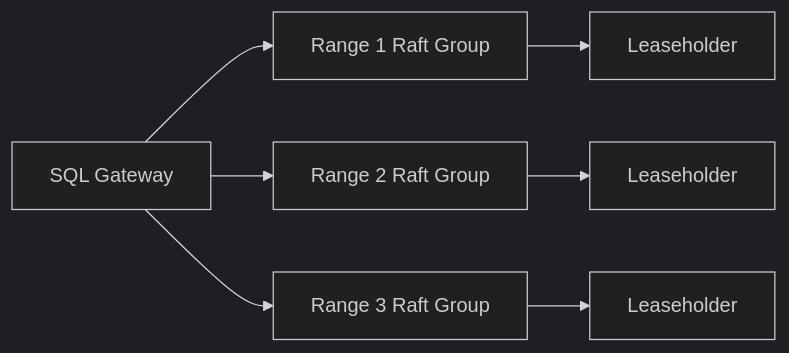
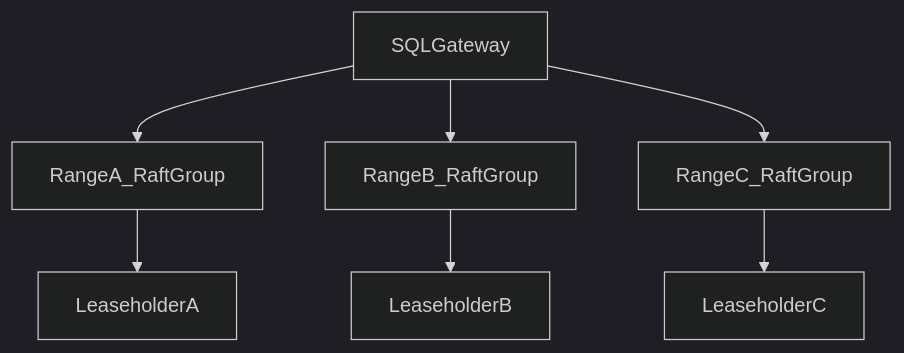
Before and after one commit to GabrielAlmeidaFlores/Senior-Software-Architect: the second of 2 diagrams in database/database-masterclass/03-nosql-paradigms/06-cassandra-cockroachdb-redis-and-pacelc-mapping.md, drawn with Mermaid (dark theme). The commit also changed other lines of this file and 19 other files, not shown here.

````diff
--- a/database/database-masterclass/03-nosql-paradigms/06-cassandra-cockroachdb-redis-and-pacelc-mapping.md
+++ b/database/database-masterclass/03-nosql-paradigms/06-cassandra-cockroachdb-redis-and-pacelc-mapping.md
@@ -92,9 +72,9 @@
 ```mermaid
-flowchart LR
-    SQL[SQL Gateway] --> R1[Range 1 Raft Group]
-    SQL --> R2[Range 2 Raft Group]
-    SQL --> R3[Range 3 Raft Group]
-    R1 --> L1[Leaseholder]
-    R2 --> L2[Leaseholder]
-    R3 --> L3[Leaseholder]
+flowchart TD
+    sqlGateway[SQLGateway] --> rangeA[RangeA_RaftGroup]
+    sqlGateway --> rangeB[RangeB_RaftGroup]
+    sqlGateway --> rangeC[RangeC_RaftGroup]
+    rangeA --> leaseholderA[LeaseholderA]
+    rangeB --> leaseholderB[LeaseholderB]
+    rangeC --> leaseholderC[LeaseholderC]
 ```
````
